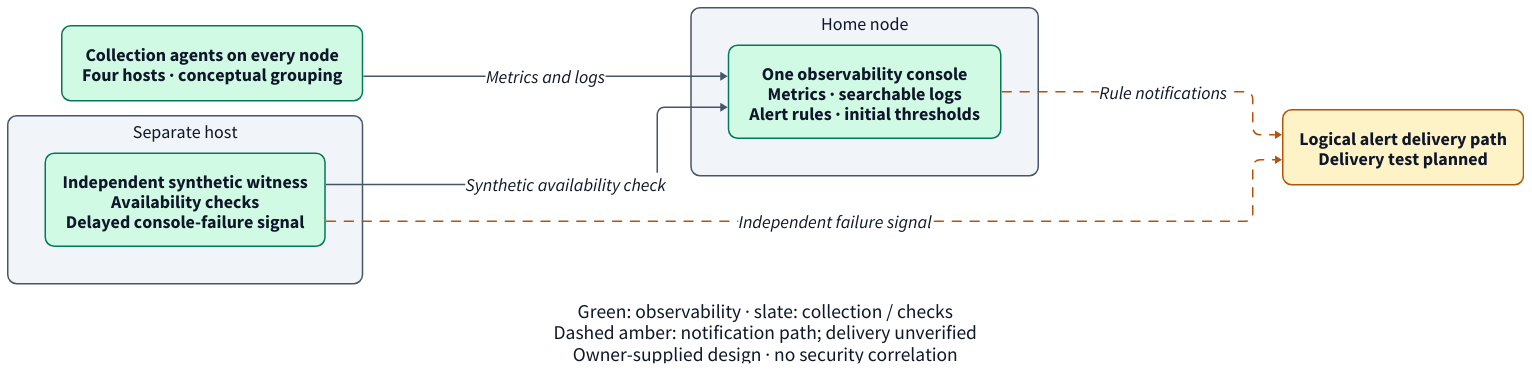
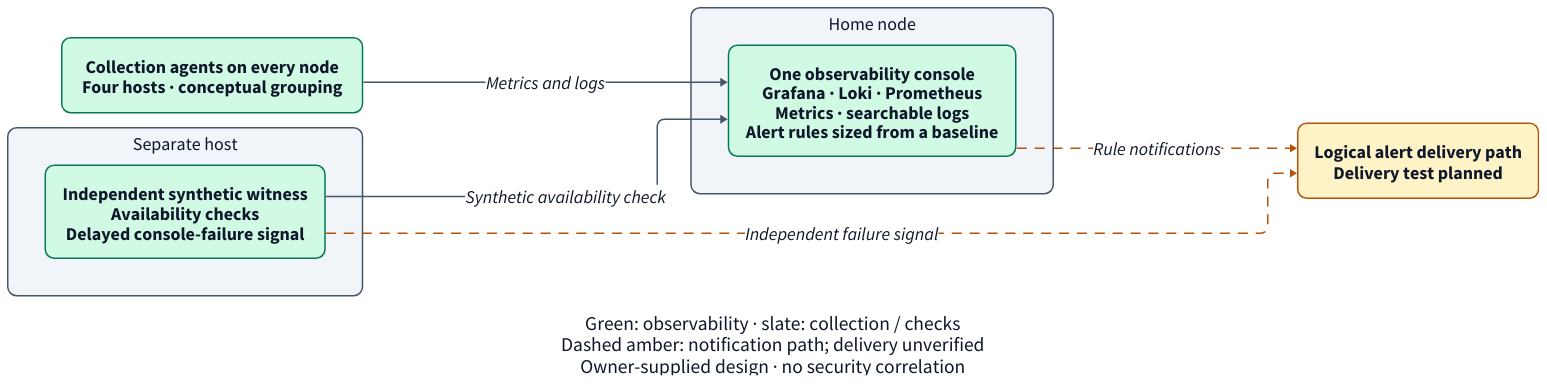
Before and after one commit to matteo-genovese/mg-lab: the diagram in diagrams/src/monitoring-alerting.d2, drawn with D2. The commit also changed 9 other files, not shown here.

First line of the commit message:
Name the observability console components and retire the initial-threshold claims

```diff
--- a/diagrams/src/monitoring-alerting.d2
+++ b/diagrams/src/monitoring-alerting.d2
@@ -1,38 +1,38 @@
 direction: right
 vars: {d2-config: {layout-engine: elk; theme-id: 0}}
 **.style.font-size: 24
 **.style.font-color: "#0f172a"
 **.style.border-radius: 12
 classes: {
   default: {style: {fill: "#f1f5f9"; stroke: "#475569"; font-color: "#0f172a"; font-size: 24; border-radius: 12}}
   control: {style.fill: "#ede9fe"; style.stroke: "#7c3aed"}
   monitor: {style.fill: "#d1fae5"; style.stroke: "#047857"}
   overlay: {style.fill: "#ccfbf1"; style.stroke: "#0f766e"}
   caveat: {style.fill: "#fef3c7"; style.stroke: "#b45309"}
   planned: {style.fill: "#fef3c7"; style.stroke: "#b45309"; style.stroke-dash: 6}
   public: {style.stroke: "#047857"; style.stroke-width: 3; style.font-size: 24; style.font-color: "#0f172a"}
   private: {style.stroke: "#0f766e"; style.stroke-width: 3; style.stroke-dash: 6; style.font-size: 24; style.font-color: "#0f172a"}
   flow: {style.stroke: "#475569"; style.stroke-width: 2; style.font-size: 24; style.font-color: "#0f172a"}
   uncertain: {style.stroke: "#b45309"; style.stroke-dash: 6; style.font-size: 24; style.font-color: "#0f172a"}
 }
 agents: "Collection agents on every node\nFour hosts · conceptual grouping" {class: monitor}
 home: "Home node" {
   class: default
-  console: "One observability console\nMetrics · searchable logs\nAlert rules · initial thresholds" {class: monitor}
+  console: "One observability console\nGrafana · Loki · Prometheus\nMetrics · searchable logs\nAlert rules sized from a baseline" {class: monitor}
 }
 separate: "Separate host" {
   class: default
   witness: "Independent synthetic witness\nAvailability checks\nDelayed console-failure signal" {class: monitor}
 }
 notification: "Logical alert delivery path\nDelivery test planned" {class: caveat}
 agents -> home.console: "Metrics and logs" {class: flow}
 separate.witness -> home.console: "Synthetic availability check" {class: flow}
 home.console -> notification: "Rule notifications" {class: uncertain}
 separate.witness -> notification: "Independent failure signal" {class: uncertain}
 
 legend: "Green: observability · slate: collection / checks\nDashed amber: notification path; delivery unverified\nOwner-supplied design · no security correlation" {
   shape: text
   near: bottom-center
   style.font-size: 26
   style.font-color: "#0f172a"
 }
```
